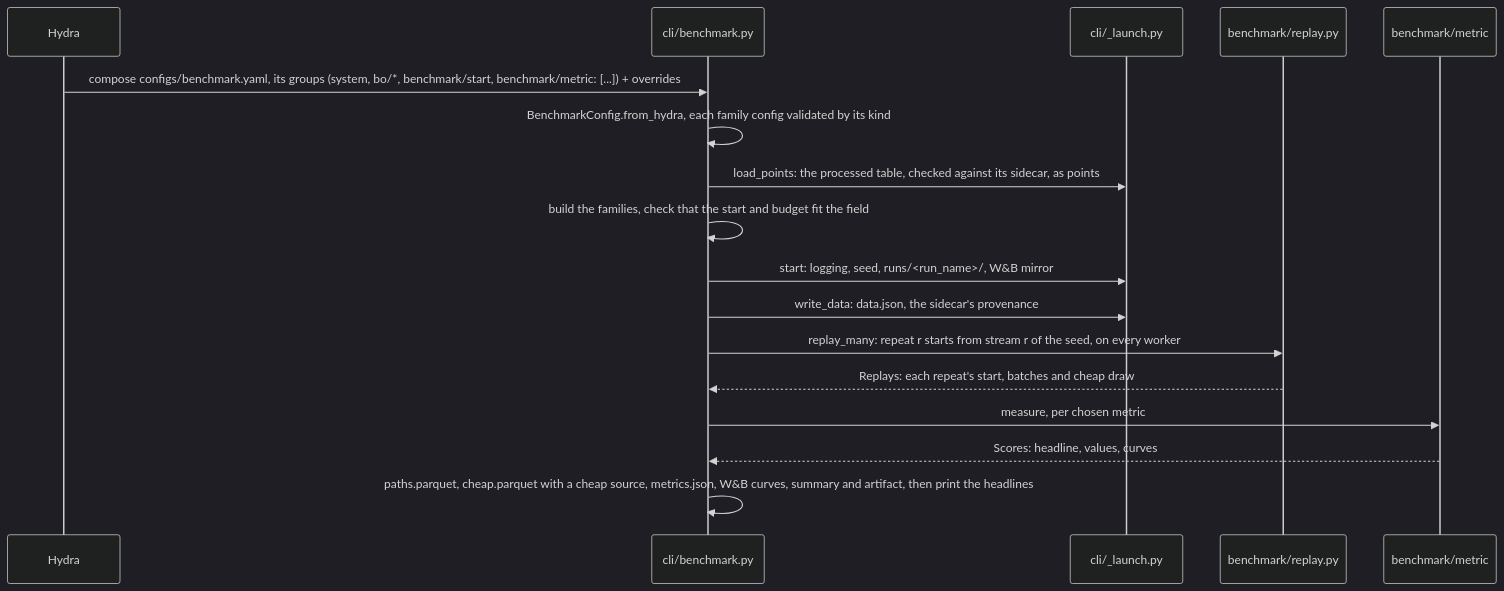
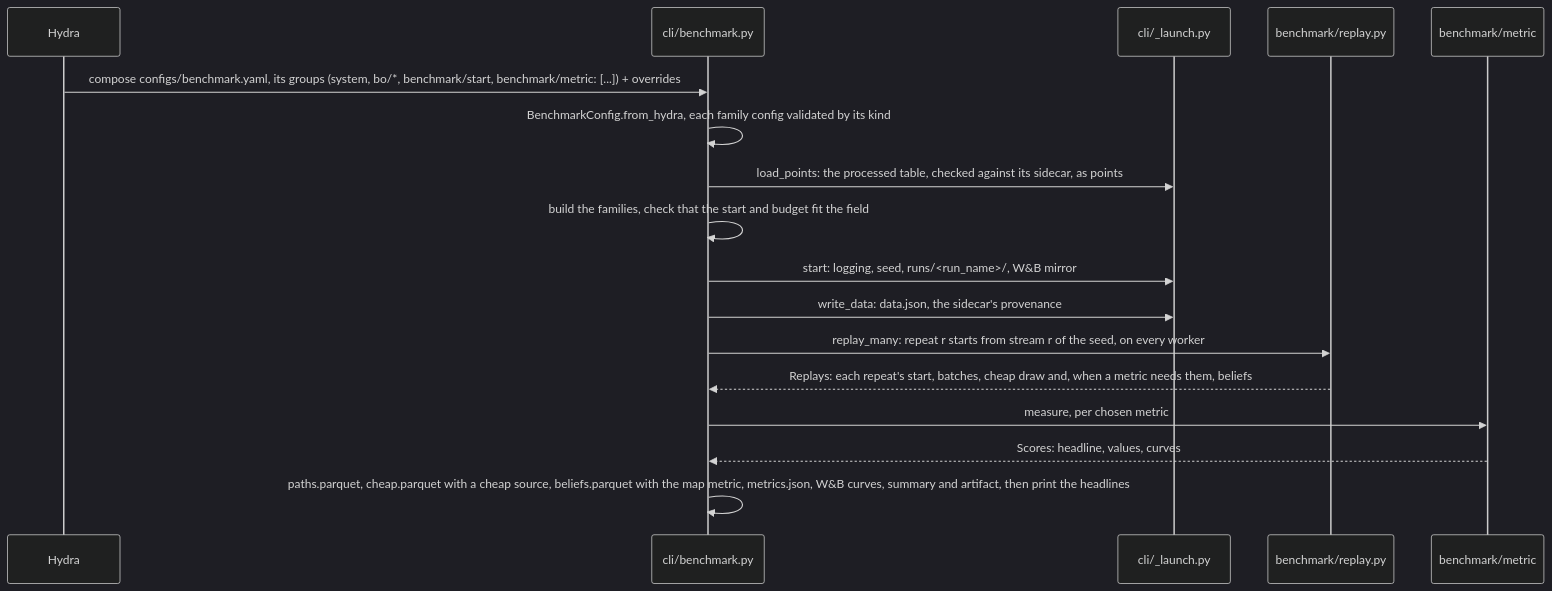
Before and after one commit to nuinashco/PhaseBO: the second of 2 diagrams in CONTRIBUTING.md, drawn with Mermaid (dark theme). The commit also changed other lines of this file and 88 other files, not shown here.

````diff
--- a/CONTRIBUTING.md
+++ b/CONTRIBUTING.md
@@ -83,19 +85,19 @@
 ```mermaid
 sequenceDiagram
     participant H as Hydra
     participant C as cli/benchmark.py
     participant L as cli/_launch.py
     participant R as benchmark/replay.py
     participant M as benchmark/metric
     H->>C: compose configs/benchmark.yaml, its groups (system, bo/*, benchmark/start, benchmark/metric: [...]) + overrides
     C->>C: BenchmarkConfig.from_hydra, each family config validated by its kind
     C->>L: load_points: the processed table, checked against its sidecar, as points
     C->>C: build the families, check that the start and budget fit the field
     C->>L: start: logging, seed, runs/<run_name>/, W&B mirror
     C->>L: write_data: data.json, the sidecar's provenance
     C->>R: replay_many: repeat r starts from stream r of the seed, on every worker
-    R-->>C: Replays: each repeat's start, batches and cheap draw
+    R-->>C: Replays: each repeat's start, batches, cheap draw and, when a metric needs them, beliefs
     C->>M: measure, per chosen metric
     M-->>C: Scores: headline, values, curves
-    C->>C: paths.parquet, cheap.parquet with a cheap source, metrics.json, W&B curves, summary and artifact, then print the headlines
+    C->>C: paths.parquet, cheap.parquet with a cheap source, beliefs.parquet with the map metric, metrics.json, W&B curves, summary and artifact, then print the headlines
 ```
````
